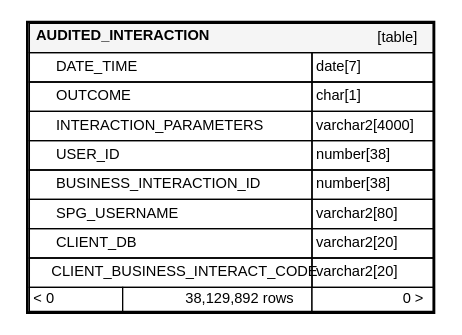
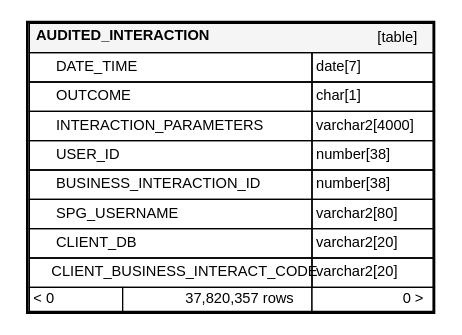
Before and after one commit to ministryofjustice/hmpps-probation-integration-services: the diagram in schema-spy-report/diagrams/orphans/AUDITED_INTERACTION.1degree.dot, drawn with Graphviz. The commit also changed 325 other files, not shown here.

```diff
--- a/schema-spy-report/diagrams/orphans/AUDITED_INTERACTION.1degree.dot
+++ b/schema-spy-report/diagrams/orphans/AUDITED_INTERACTION.1degree.dot
@@ -1,37 +1,37 @@
 digraph "AUDITED_INTERACTION" {
   graph [
     rankdir="RL"
     bgcolor="#ffffff"
     nodesep="0.18"
     ranksep="0.46"
     fontname="Helvetica"
     fontsize="11"
     ration="compress"
   ];
   node [
     fontname="Helvetica"
     fontsize="11"
     shape="plaintext"
   ];
   edge [
     arrowsize="0.8"
   ];
   "AUDITED_INTERACTION" [
    label=<
     <TABLE BORDER="2" CELLBORDER="1" CELLSPACING="0" BGCOLOR="#ffffff">
       <TR><TD COLSPAN="4"  BGCOLOR="#f5f5f5"><TABLE BORDER="0" CELLSPACING="0"><TR><TD ALIGN="LEFT"><B>AUDITED_INTERACTION</B></TD><TD ALIGN="RIGHT">[table]</TD></TR></TABLE></TD></TR>
       <TR><TD PORT="DATE_TIME" COLSPAN="2" ALIGN="LEFT"><TABLE BORDER="0" CELLSPACING="0" ALIGN="LEFT"><TR ALIGN="LEFT"><TD ALIGN="LEFT" FIXEDSIZE="TRUE" WIDTH="15" HEIGHT="16"></TD><TD ALIGN="LEFT" FIXEDSIZE="TRUE" WIDTH="191" HEIGHT="16">DATE_TIME</TD></TR></TABLE></TD><TD PORT="DATE_TIME.type" ALIGN="LEFT">date[7]</TD></TR>
       <TR><TD PORT="OUTCOME" COLSPAN="2" ALIGN="LEFT"><TABLE BORDER="0" CELLSPACING="0" ALIGN="LEFT"><TR ALIGN="LEFT"><TD ALIGN="LEFT" FIXEDSIZE="TRUE" WIDTH="15" HEIGHT="16"></TD><TD ALIGN="LEFT" FIXEDSIZE="TRUE" WIDTH="191" HEIGHT="16">OUTCOME</TD></TR></TABLE></TD><TD PORT="OUTCOME.type" ALIGN="LEFT">char[1]</TD></TR>
       <TR><TD PORT="INTERACTION_PARAMETERS" COLSPAN="2" ALIGN="LEFT"><TABLE BORDER="0" CELLSPACING="0" ALIGN="LEFT"><TR ALIGN="LEFT"><TD ALIGN="LEFT" FIXEDSIZE="TRUE" WIDTH="15" HEIGHT="16"></TD><TD ALIGN="LEFT" FIXEDSIZE="TRUE" WIDTH="191" HEIGHT="16">INTERACTION_PARAMETERS</TD></TR></TABLE></TD><TD PORT="INTERACTION_PARAMETERS.type" ALIGN="LEFT">varchar2[4000]</TD></TR>
       <TR><TD PORT="USER_ID" COLSPAN="2" ALIGN="LEFT"><TABLE BORDER="0" CELLSPACING="0" ALIGN="LEFT"><TR ALIGN="LEFT"><TD ALIGN="LEFT" FIXEDSIZE="TRUE" WIDTH="15" HEIGHT="16"></TD><TD ALIGN="LEFT" FIXEDSIZE="TRUE" WIDTH="191" HEIGHT="16">USER_ID</TD></TR></TABLE></TD><TD PORT="USER_ID.type" ALIGN="LEFT">number[38]</TD></TR>
       <TR><TD PORT="BUSINESS_INTERACTION_ID" COLSPAN="2" ALIGN="LEFT"><TABLE BORDER="0" CELLSPACING="0" ALIGN="LEFT"><TR ALIGN="LEFT"><TD ALIGN="LEFT" FIXEDSIZE="TRUE" WIDTH="15" HEIGHT="16"></TD><TD ALIGN="LEFT" FIXEDSIZE="TRUE" WIDTH="191" HEIGHT="16">BUSINESS_INTERACTION_ID</TD></TR></TABLE></TD><TD PORT="BUSINESS_INTERACTION_ID.type" ALIGN="LEFT">number[38]</TD></TR>
       <TR><TD PORT="SPG_USERNAME" COLSPAN="2" ALIGN="LEFT"><TABLE BORDER="0" CELLSPACING="0" ALIGN="LEFT"><TR ALIGN="LEFT"><TD ALIGN="LEFT" FIXEDSIZE="TRUE" WIDTH="15" HEIGHT="16"></TD><TD ALIGN="LEFT" FIXEDSIZE="TRUE" WIDTH="191" HEIGHT="16">SPG_USERNAME</TD></TR></TABLE></TD><TD PORT="SPG_USERNAME.type" ALIGN="LEFT">varchar2[80]</TD></TR>
       <TR><TD PORT="CLIENT_DB" COLSPAN="2" ALIGN="LEFT"><TABLE BORDER="0" CELLSPACING="0" ALIGN="LEFT"><TR ALIGN="LEFT"><TD ALIGN="LEFT" FIXEDSIZE="TRUE" WIDTH="15" HEIGHT="16"></TD><TD ALIGN="LEFT" FIXEDSIZE="TRUE" WIDTH="191" HEIGHT="16">CLIENT_DB</TD></TR></TABLE></TD><TD PORT="CLIENT_DB.type" ALIGN="LEFT">varchar2[20]</TD></TR>
       <TR><TD PORT="CLIENT_BUSINESS_INTERACT_CODE" COLSPAN="2" ALIGN="LEFT"><TABLE BORDER="0" CELLSPACING="0" ALIGN="LEFT"><TR ALIGN="LEFT"><TD ALIGN="LEFT" FIXEDSIZE="TRUE" WIDTH="15" HEIGHT="16"></TD><TD ALIGN="LEFT" FIXEDSIZE="TRUE" WIDTH="191" HEIGHT="16">CLIENT_BUSINESS_INTERACT_CODE</TD></TR></TABLE></TD><TD PORT="CLIENT_BUSINESS_INTERACT_CODE.type" ALIGN="LEFT">varchar2[20]</TD></TR>
-      <TR><TD ALIGN="LEFT" BGCOLOR="#ffffff">&lt; 0</TD><TD ALIGN="RIGHT" BGCOLOR="#ffffff">38,129,892 rows</TD><TD ALIGN="RIGHT" BGCOLOR="#ffffff">0 &gt;</TD></TR>
+      <TR><TD ALIGN="LEFT" BGCOLOR="#ffffff">&lt; 0</TD><TD ALIGN="RIGHT" BGCOLOR="#ffffff">37,820,357 rows</TD><TD ALIGN="RIGHT" BGCOLOR="#ffffff">0 &gt;</TD></TR>
     </TABLE>>
     URL="../../tables/AUDITED_INTERACTION.html"
     target="_top"
     tooltip="AUDITED_INTERACTION"
   ];
 }
```
